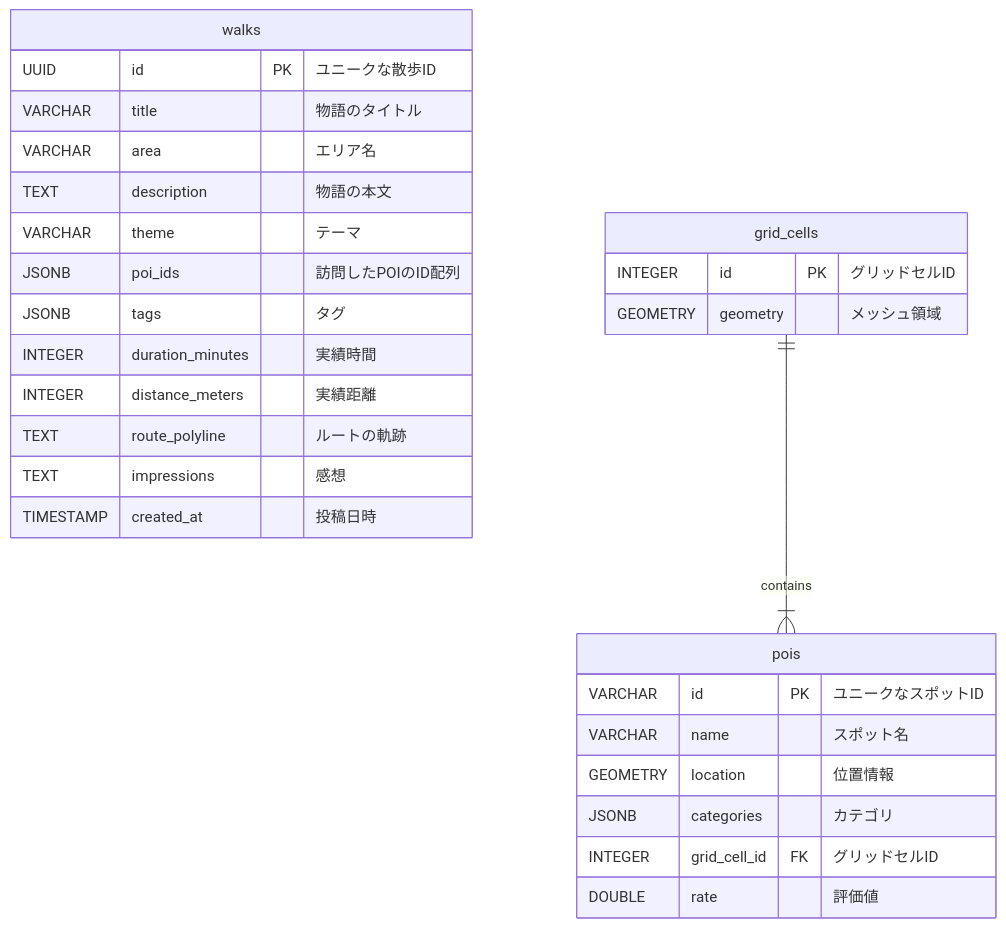
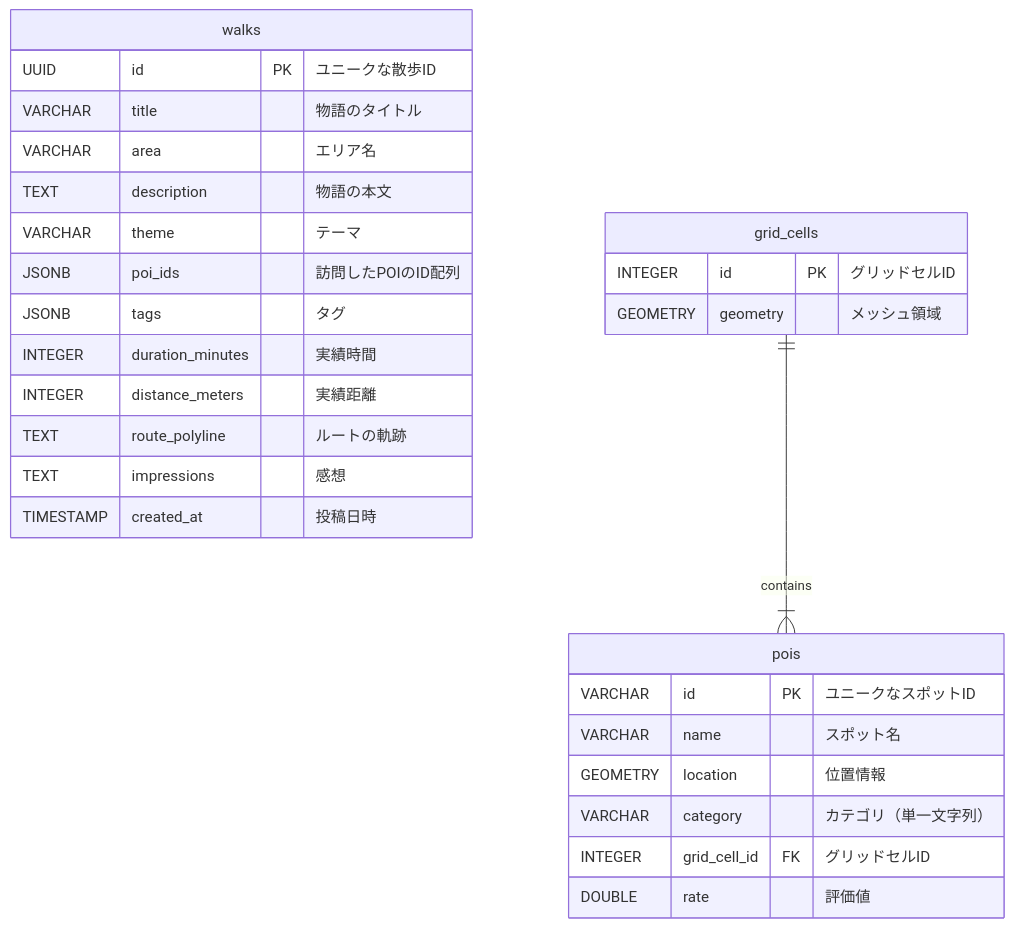
Before and after one commit to kaka0913/watnow-hack-team8-backend: the diagram in docs/api.md, drawn with Mermaid. The commit also changed other lines of this file and 6 other files, not shown here.

````diff
--- a/docs/api.md
+++ b/docs/api.md
@@ -1,33 +1,33 @@
 ```mermaid
 erDiagram
     walks {
         UUID id PK "ユニークな散歩ID"
         VARCHAR title "物語のタイトル"
         VARCHAR area "エリア名"
         TEXT description "物語の本文"
         VARCHAR theme "テーマ"
         JSONB poi_ids "訪問したPOIのID配列"
         JSONB tags "タグ"
         INTEGER duration_minutes "実績時間"
         INTEGER distance_meters "実績距離"
         TEXT route_polyline "ルートの軌跡"
         TEXT impressions "感想"
         TIMESTAMP created_at "投稿日時"
     }
 
     pois {
         VARCHAR id PK "ユニークなスポットID"
         VARCHAR name "スポット名"
         GEOMETRY location "位置情報"
-        JSONB categories "カテゴリ"
+        VARCHAR category "カテゴリ（単一文字列）"
         INTEGER grid_cell_id FK "グリッドセルID"
         DOUBLE rate "評価値"
     }
 
     grid_cells {
         INTEGER id PK "グリッドセルID"
         GEOMETRY geometry "メッシュ領域"
     }
 
     grid_cells ||--|{ pois : "contains"
 ```
````
